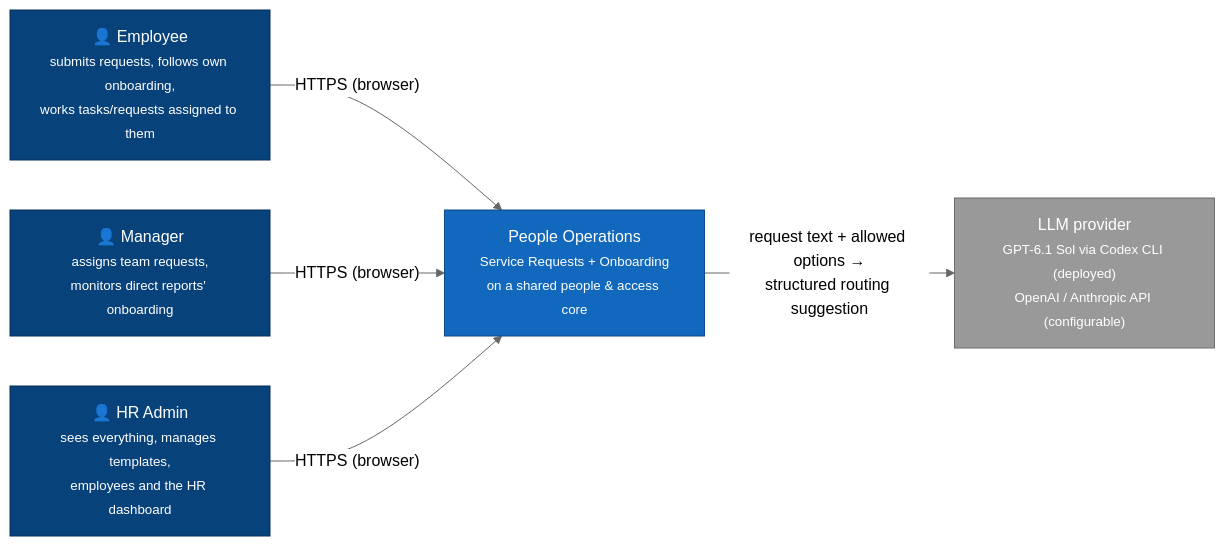
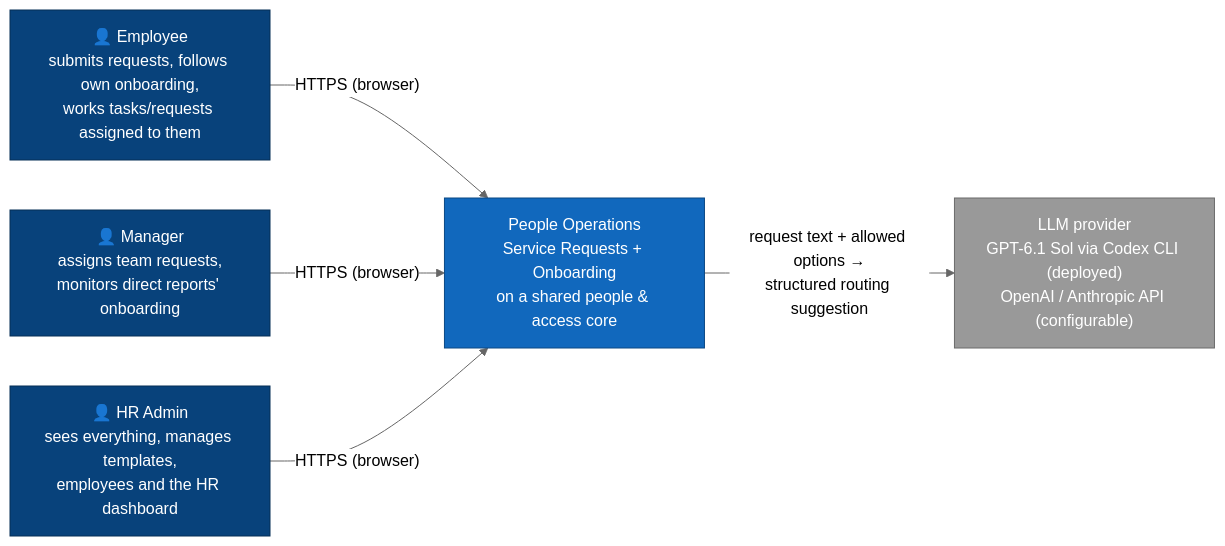
One commit to randev0/nv-people-operations changed the first of 9 diagrams in ARCHITECTURE.md. Above: the diagram before and after it, drawn with Mermaid (neutral theme). The commit also changed other lines of this file, not shown here.

First line of the commit message:
ARCHITECTURE: drop <small> from Mermaid labels (GitHub sized nodes for small text and clipped the full-size labels)

````diff
--- a/ARCHITECTURE.md
+++ b/ARCHITECTURE.md
@@ -66,18 +66,18 @@
 ```mermaid
 flowchart LR
   classDef person fill:#08427b,stroke:#052e56,color:#fff
   classDef system fill:#1168bd,stroke:#0b4884,color:#fff
   classDef ext fill:#999,stroke:#6b6b6b,color:#fff
 
-  emp["👤 Employee<br/><small>submits requests, follows own onboarding,<br/>works tasks/requests assigned to them</small>"]:::person
-  mgr["👤 Manager<br/><small>assigns team requests,<br/>monitors direct reports' onboarding</small>"]:::person
-  hr["👤 HR Admin<br/><small>sees everything, manages templates,<br/>employees and the HR dashboard</small>"]:::person
+  emp["👤 Employee<br/>submits requests, follows own onboarding,<br/>works tasks/requests assigned to them"]:::person
+  mgr["👤 Manager<br/>assigns team requests,<br/>monitors direct reports' onboarding"]:::person
+  hr["👤 HR Admin<br/>sees everything, manages templates,<br/>employees and the HR dashboard"]:::person
 
-  sys["People Operations<br/><small>Service Requests + Onboarding<br/>on a shared people & access core</small>"]:::system
-  llm["LLM provider<br/><small>GPT-6.1 Sol via Codex CLI (deployed)<br/>OpenAI / Anthropic API (configurable)</small>"]:::ext
+  sys["People Operations<br/>Service Requests + Onboarding<br/>on a shared people & access core"]:::system
+  llm["LLM provider<br/>GPT-6.1 Sol via Codex CLI (deployed)<br/>OpenAI / Anthropic API (configurable)"]:::ext
 
   emp -- "HTTPS (browser)" --> sys
   mgr -- "HTTPS (browser)" --> sys
   hr -- "HTTPS (browser)" --> sys
   sys -- "request text + allowed options →<br/>structured routing suggestion" --> llm
 ```
````
